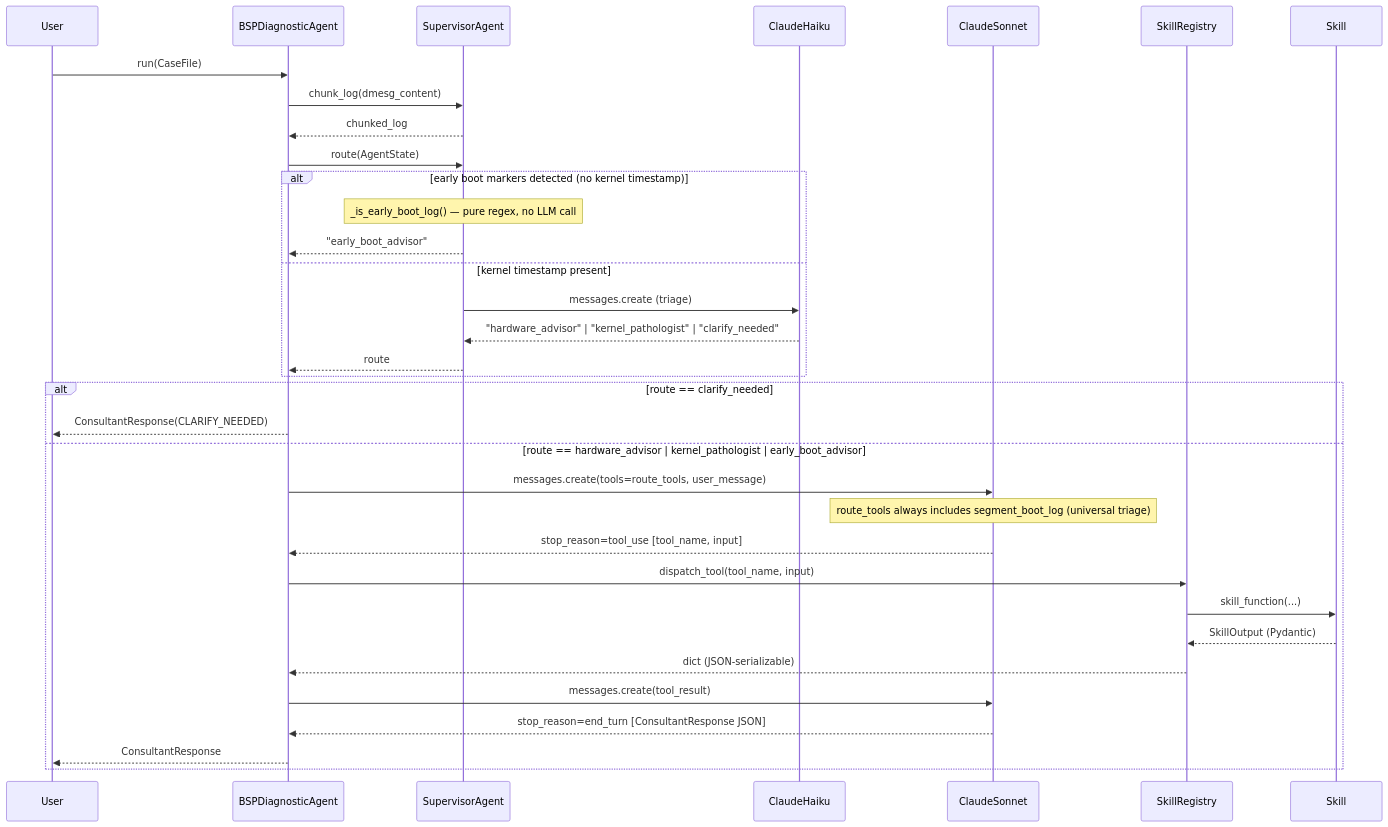
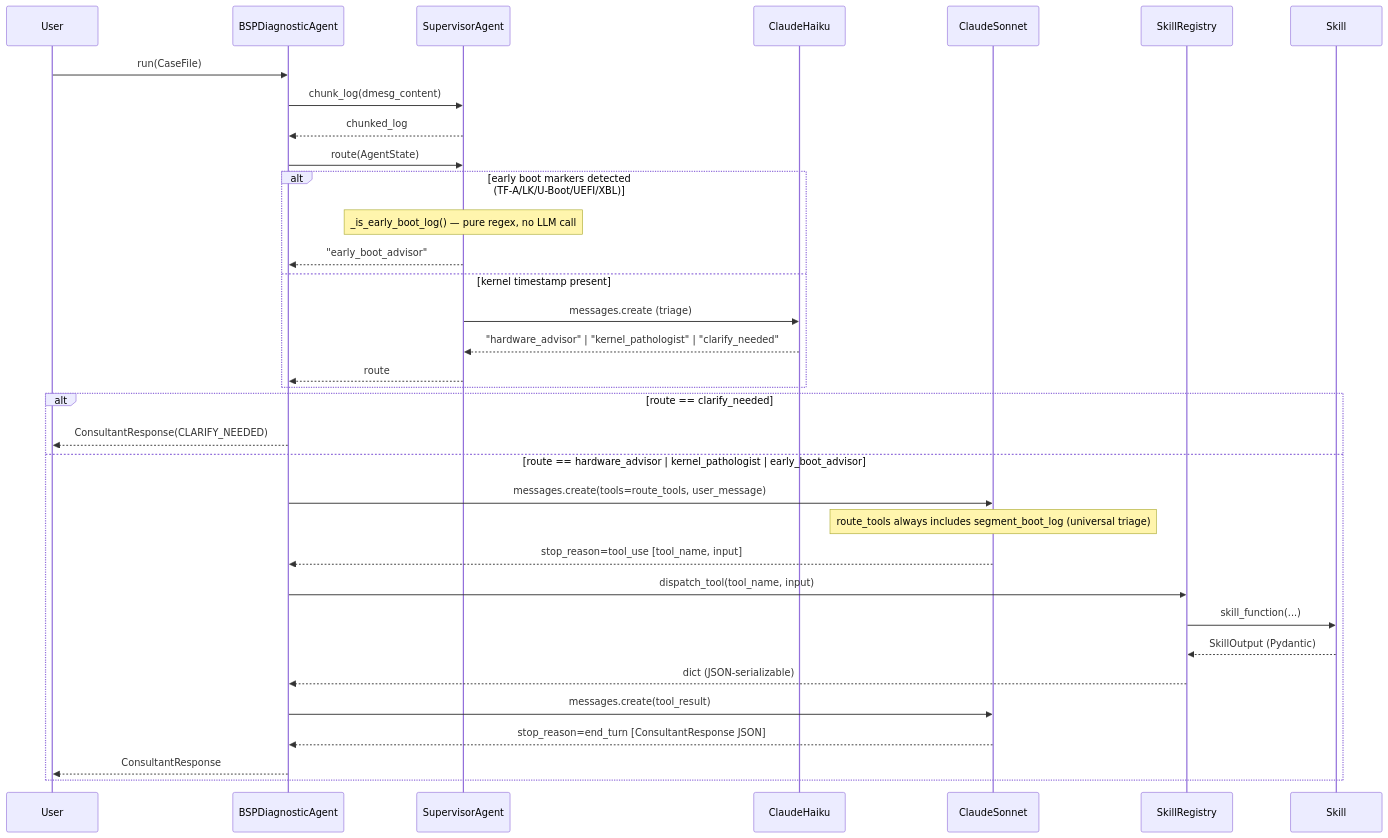
One commit to jonaschen/ai-bsp-agent changed the second of 2 diagrams in DESIGN.md. Above: the diagram before and after it, drawn with Mermaid. The commit also changed other lines of this file and 4 other files, not shown here.

````diff
--- a/DESIGN.md
+++ b/DESIGN.md
@@ -113,43 +126,43 @@
 ```mermaid
 sequenceDiagram
     participant User
     participant BSPDiagnosticAgent
     participant SupervisorAgent
     participant ClaudeHaiku
     participant ClaudeSonnet
     participant SkillRegistry
     participant Skill
 
     User->>BSPDiagnosticAgent: run(CaseFile)
 
     BSPDiagnosticAgent->>SupervisorAgent: chunk_log(dmesg_content)
     SupervisorAgent-->>BSPDiagnosticAgent: chunked_log
 
     BSPDiagnosticAgent->>SupervisorAgent: route(AgentState)
 
-    alt early boot markers detected (no kernel timestamp)
+    alt early boot markers detected (TF-A/LK/U-Boot/UEFI/XBL)
         Note over SupervisorAgent: _is_early_boot_log() — pure regex, no LLM call
         SupervisorAgent-->>BSPDiagnosticAgent: "early_boot_advisor"
     else kernel timestamp present
         SupervisorAgent->>ClaudeHaiku: messages.create (triage)
         ClaudeHaiku-->>SupervisorAgent: "hardware_advisor" | "kernel_pathologist" | "clarify_needed"
         SupervisorAgent-->>BSPDiagnosticAgent: route
     end
 
     alt route == clarify_needed
         BSPDiagnosticAgent-->>User: ConsultantResponse(CLARIFY_NEEDED)
     else route == hardware_advisor | kernel_pathologist | early_boot_advisor
         BSPDiagnosticAgent->>ClaudeSonnet: messages.create(tools=route_tools, user_message)
         Note over ClaudeSonnet: route_tools always includes segment_boot_log (universal triage)
         ClaudeSonnet-->>BSPDiagnosticAgent: stop_reason=tool_use [tool_name, input]
 
         BSPDiagnosticAgent->>SkillRegistry: dispatch_tool(tool_name, input)
         SkillRegistry->>Skill: skill_function(...)
         Skill-->>SkillRegistry: SkillOutput (Pydantic)
         SkillRegistry-->>BSPDiagnosticAgent: dict (JSON-serializable)
 
         BSPDiagnosticAgent->>ClaudeSonnet: messages.create(tool_result)
         ClaudeSonnet-->>BSPDiagnosticAgent: stop_reason=end_turn [ConsultantResponse JSON]
         BSPDiagnosticAgent-->>User: ConsultantResponse
     end
 ```
````
